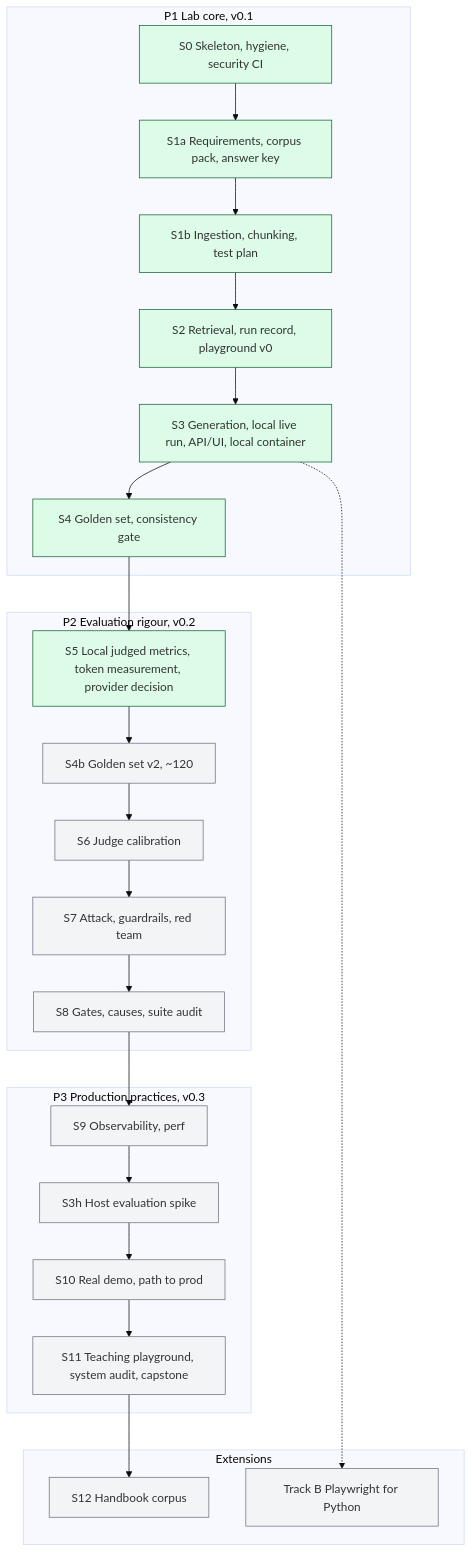
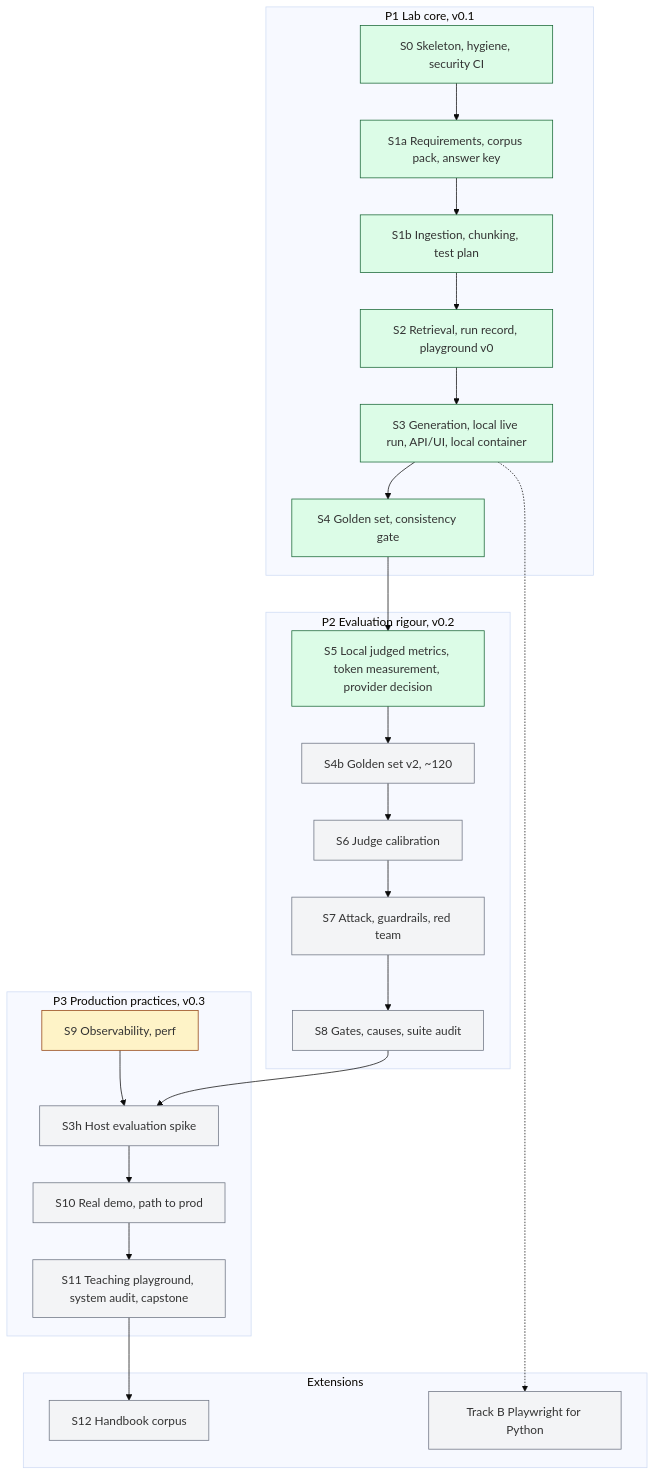
One commit to willcoliveira/ai-testing-rag-lab changed the diagram in README.md. Above: the diagram before and after it, drawn with Mermaid (base theme). The commit also changed 4 other files, not shown here.

````diff
--- a/README.md
+++ b/README.md
@@ -25,25 +25,26 @@
 ```mermaid
 flowchart TB
   subgraph P1[P1 Lab core, v0.1]
     S0[S0 Skeleton, hygiene, security CI] --> S1a[S1a Requirements, corpus pack, answer key] --> S1b[S1b Ingestion, chunking, test plan] --> S2[S2 Retrieval, run record, playground v0] --> S3[S3 Generation, local live run, API/UI, local container] --> S4[S4 Golden set, consistency gate]
   end
   subgraph P2[P2 Evaluation rigour, v0.2]
     S5[S5 Local judged metrics, token measurement, provider decision] --> S4b[S4b Golden set v2, ~120] --> S6[S6 Judge calibration] --> S7[S7 Attack, guardrails, red team] --> S8[S8 Gates, causes, suite audit]
   end
   subgraph P3[P3 Production practices, v0.3]
     S9[S9 Observability, perf] --> S3h[S3h Host evaluation spike] --> S10[S10 Real demo, path to prod] --> S11[S11 Teaching playground, system audit, capstone]
   end
   subgraph EXT[Extensions]
     S12[S12 Handbook corpus]
     B[Track B Playwright for Python]
   end
   S4 --> S5
-  S8 --> S9
+  S8 --> S3h
   S11 --> S12
   S3 -.-> B
   classDef todo fill:#f3f4f6,stroke:#6b7280
   classDef wip fill:#fef3c7,stroke:#92400e
   classDef done fill:#dcfce7,stroke:#166534
   class S0,S1a,S1b,S2,S3,S4,S5 done
-  class S3h,S4b,S6,S7,S8,S9,S10,S11,S12,B todo
+  class S9 wip
+  class S3h,S4b,S6,S7,S8,S10,S11,S12,B todo
 ```
````
